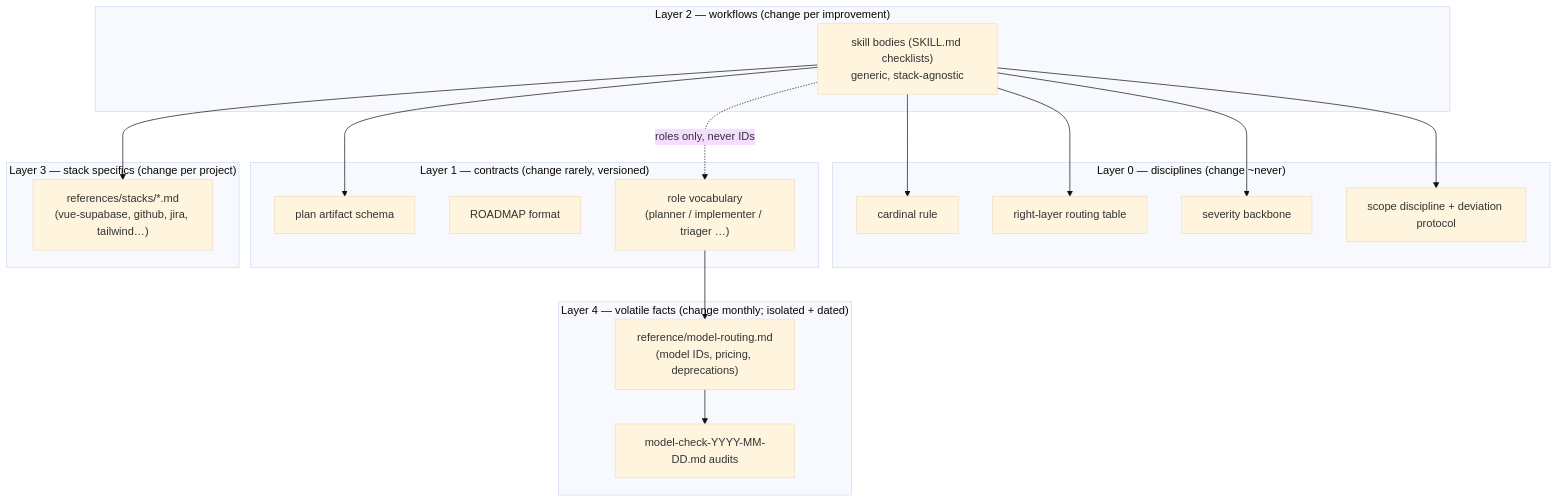
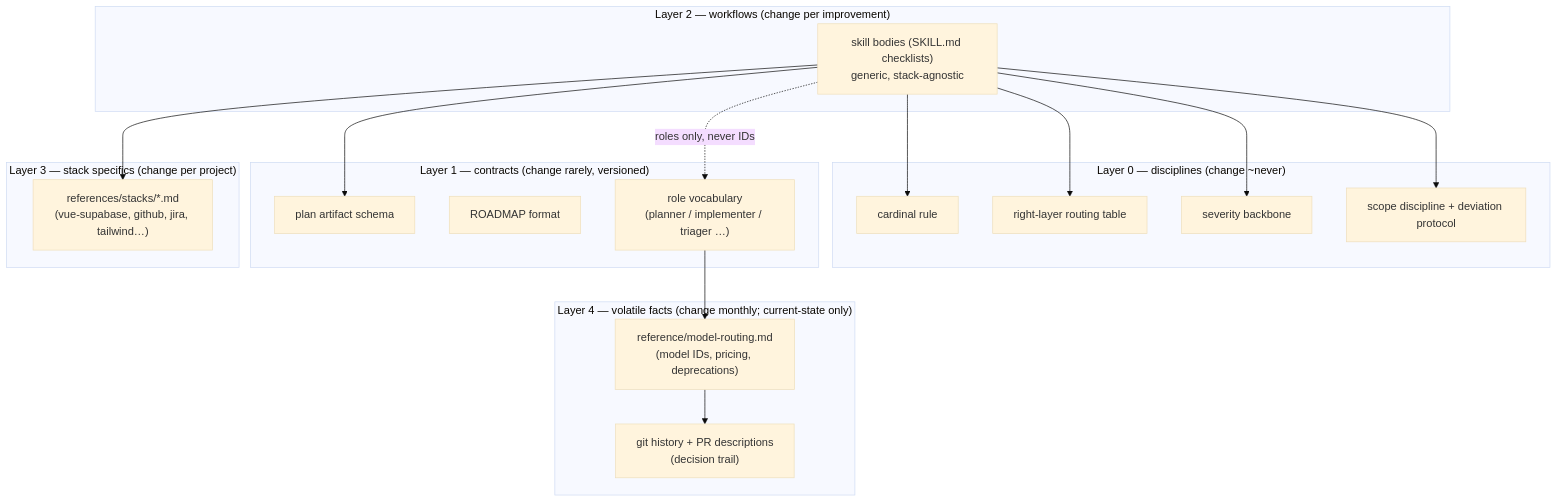
Before and after one commit to hierovision/ai-framework: the seventh of 13 diagrams in docs/CONCEPTS.md, drawn with Mermaid (base theme). The commit also changed other lines of this file and 8 other files, not shown here.

````diff
--- a/docs/CONCEPTS.md
+++ b/docs/CONCEPTS.md
@@ -360,30 +360,30 @@
 ```mermaid
 flowchart TB
     subgraph L0["Layer 0 — disciplines (change ~never)"]
         D1[cardinal rule]
         D2[right-layer routing table]
         D3[severity backbone]
         D4[scope discipline + deviation protocol]
     end
     subgraph L1["Layer 1 — contracts (change rarely, versioned)"]
         C1[plan artifact schema]
         C2[ROADMAP format]
         C3["role vocabulary<br/>(planner / implementer / triager …)"]
     end
     subgraph L2["Layer 2 — workflows (change per improvement)"]
         W1["skill bodies (SKILL.md checklists)<br/>generic, stack-agnostic"]
     end
     subgraph L3["Layer 3 — stack specifics (change per project)"]
         S1["references/stacks/*.md<br/>(vue-supabase, github, jira, tailwind…)"]
     end
-    subgraph L4["Layer 4 — volatile facts (change monthly; isolated + dated)"]
+    subgraph L4["Layer 4 — volatile facts (change monthly; current-state only)"]
         V1["reference/model-routing.md<br/>(model IDs, pricing, deprecations)"]
-        V2["model-check-YYYY-MM-DD.md audits"]
+        V2["git history + PR descriptions<br/>(decision trail)"]
     end
     W1 --> D1 & D2 & D3 & D4
     W1 --> C1
     W1 --> S1
     W1 -.roles only, never IDs.-> C3
     C3 --> V1
     V1 --> V2
 ```
````
